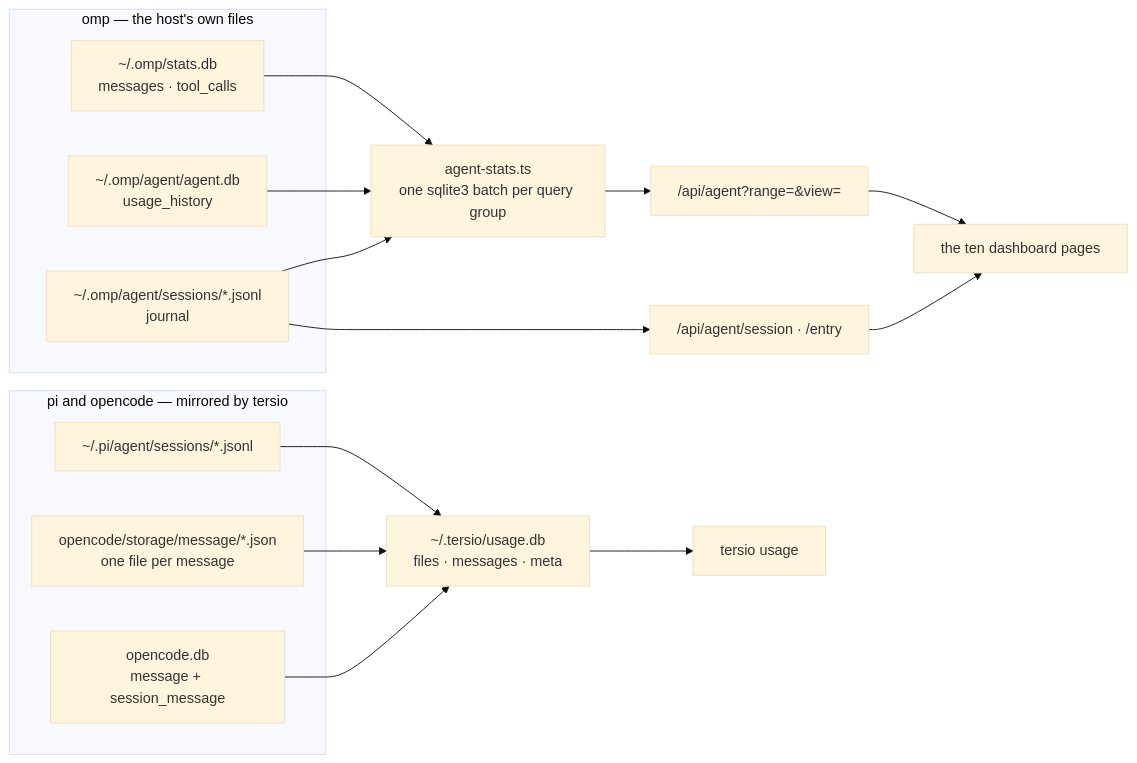
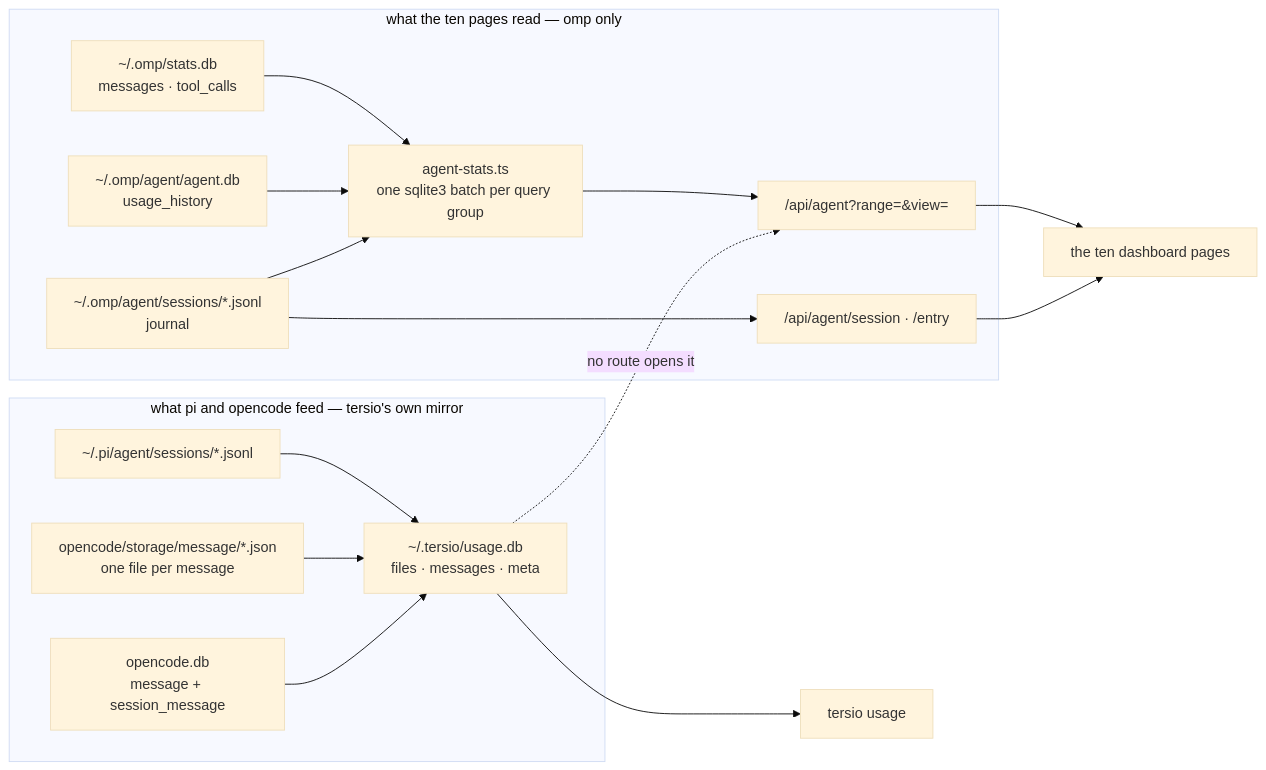
One commit to KurutoDenzeru/tersio changed the third of 3 diagrams in docs/ARCHITECTURE.md. Above: the diagram before and after it, drawn with Mermaid (base theme). The commit also changed other lines of this file, not shown here.

Commit message:
docs: frame tersio as host-neutral and draw the pi and opencode gap in the diagram

````diff
--- a/docs/ARCHITECTURE.md
+++ b/docs/ARCHITECTURE.md
@@ -62,24 +62,25 @@
 ```mermaid
 flowchart LR
-  subgraph OMP["omp — the host's own files"]
+  subgraph READ["what the ten pages read — omp only"]
     SDB["~/.omp/stats.db<br/>messages · tool_calls"]
     ADB["~/.omp/agent/agent.db<br/>usage_history"]
     JRN["~/.omp/agent/sessions/*.jsonl<br/>journal"]
+    ASTS["agent-stats.ts<br/>one sqlite3 batch per query group"]
+    API["/api/agent?range=&view="]
+    SESS["/api/agent/session · /entry"]
   end
-  subgraph OTH["pi and opencode — mirrored by tersio"]
+  subgraph MIRROR["what pi and opencode feed — tersio's own mirror"]
     PIJ["~/.pi/agent/sessions/*.jsonl"]
     OCJ["opencode/storage/message/*.json<br/>one file per message"]
     OCD["opencode.db<br/>message + session_message"]
+    UDB["~/.tersio/usage.db<br/>files · messages · meta"]
   end
-  ASTS["agent-stats.ts<br/>one sqlite3 batch per query group"]
-  API["/api/agent?range=&view="]
-  SESS["/api/agent/session · /entry"]
-  UDB["~/.tersio/usage.db<br/>files · messages · meta"]
+  DASH["the ten dashboard pages"]
   CLI["tersio usage"]
-  DASH["the ten dashboard pages"]
 
   SDB & ADB & JRN --> ASTS
   ASTS --> API --> DASH
   JRN --> SESS --> DASH
   PIJ & OCJ & OCD --> UDB --> CLI
+  UDB -.->|"no route opens it"| API
 ```
````
